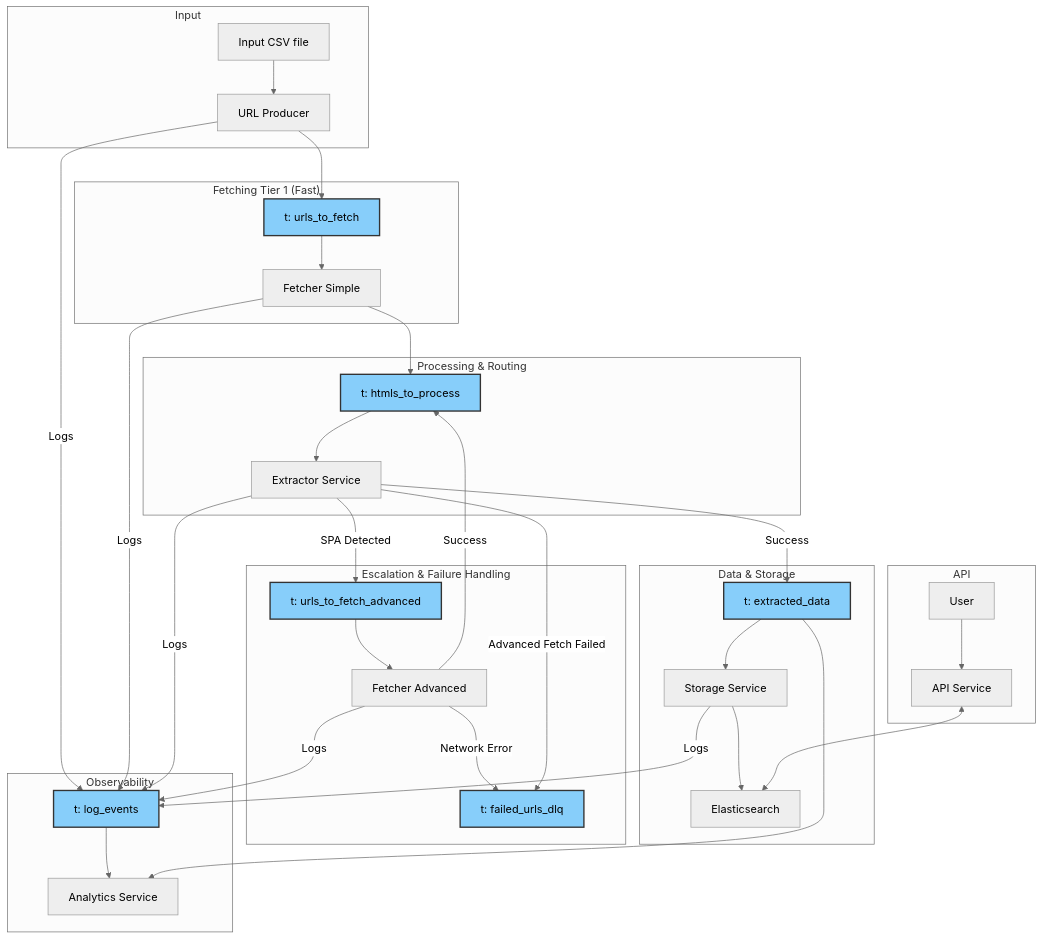
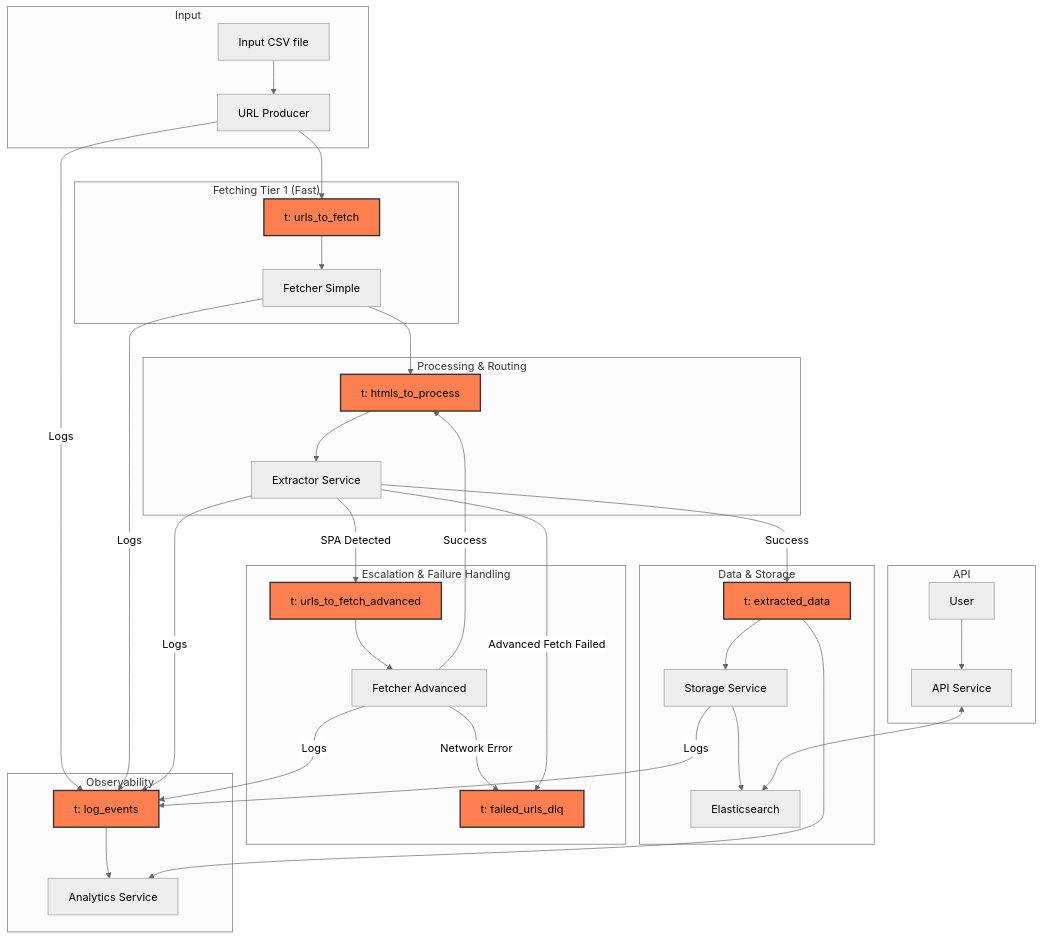
The diagram in README.md (alindragut/web_scraper), drawn with Mermaid (neutral theme) before and after one commit.

Commit message:
Change mermaid graph colors

````diff
--- a/README.md
+++ b/README.md
@@ -24,57 +24,57 @@
 ```mermaid
 graph TD
     subgraph "Input"
         A[Input CSV file] --> B[URL Producer];
     end
 
     B --> C[t: urls_to_fetch];
 
     subgraph "Fetching Tier 1 (Fast)"
         C --> D[Fetcher Simple];
     end
 
     D --> E[t: htmls_to_process];
 
     subgraph "Processing & Routing"
         E --> F[Extractor Service];
     end
 
     subgraph "Data & Storage"
         F -- Success --> G[t: extracted_data];
         G --> H[Storage Service];
         H --> I[Elasticsearch];
     end
 
     subgraph "Escalation & Failure Handling"
         F -- SPA Detected --> J[t: urls_to_fetch_advanced];
         J --> K[Fetcher Advanced];
         K -- Success --> E;
         K -- Network Error --> L[t: failed_urls_dlq];
         F -- Advanced Fetch Failed --> L;
     end
     
     subgraph "API"
         M[API Service] <--> I;
         N[User] --> M;
     end
 
     subgraph "Observability"
         O[t: log_events] --> P[Analytics Service];
         G --> P;
     end
     
     %% Connections for Logging
     B -- Logs --> O;
     D -- Logs --> O;
     F -- Logs --> O;
     H -- Logs --> O;
     K -- Logs --> O;
     
     %% Style definitions for Kafka Topics
-    style C fill:#87CEFA,stroke:#333,stroke-width:2px;
-    style E fill:#87CEFA,stroke:#333,stroke-width:2px;
-    style G fill:#87CEFA,stroke:#333,stroke-width:2px;
-    style J fill:#87CEFA,stroke:#333,stroke-width:2px;
-    style L fill:#87CEFA,stroke:#333,stroke-width:2px;
-    style O fill:#87CEFA,stroke:#333,stroke-width:2px;
+    style C fill:#FF7F50,stroke:#333,stroke-width:2px;
+    style E fill:#FF7F50,stroke:#333,stroke-width:2px;
+    style G fill:#FF7F50,stroke:#333,stroke-width:2px;
+    style J fill:#FF7F50,stroke:#333,stroke-width:2px;
+    style L fill:#FF7F50,stroke:#333,stroke-width:2px;
+    style O fill:#FF7F50,stroke:#333,stroke-width:2px;
 ```
````
